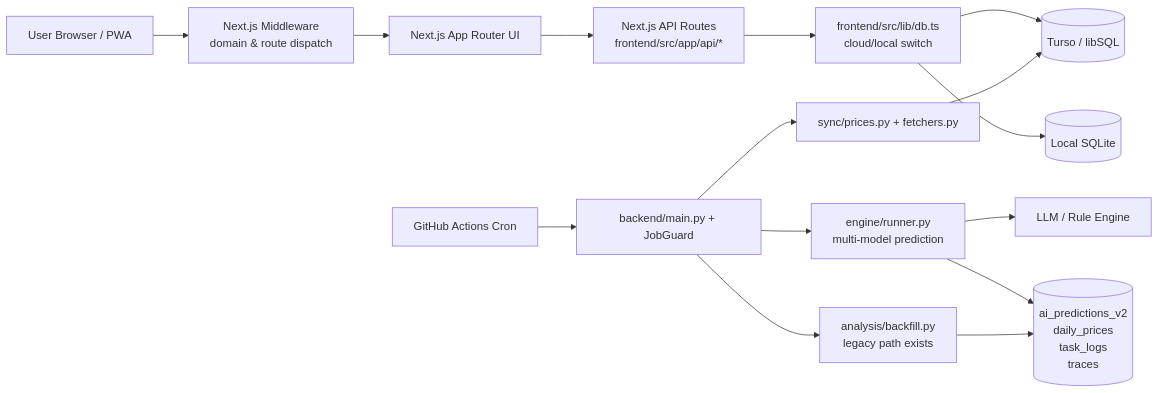
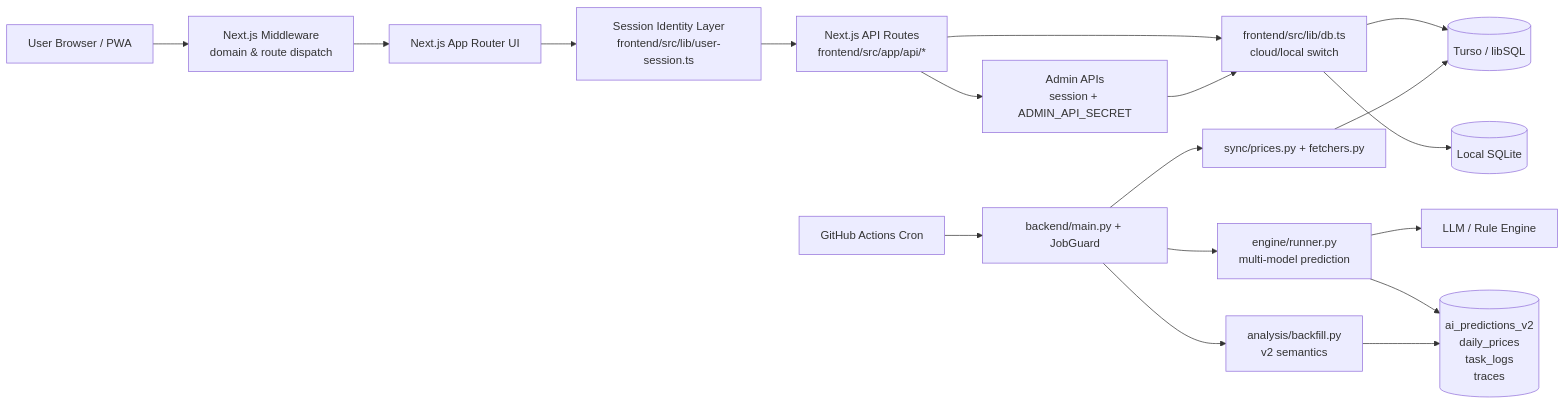
Before and after one commit to franksunye/stockwise: the first of 2 diagrams in docs/10_Architecture.md, drawn with Mermaid. The commit also changed other lines of this file and 1 other file, not shown here.

Commit message:
docs: mark P0 architecture milestones complete and sync status

````diff
--- a/docs/10_Architecture.md
+++ b/docs/10_Architecture.md
@@ -87,32 +89,36 @@
 ```mermaid
 flowchart LR
     U[User Browser / PWA]
     MW[Next.js Middleware<br/>domain & route dispatch]
     WEB[Next.js App Router UI]
+    SESSION[Session Identity Layer<br/>frontend/src/lib/user-session.ts]
     API[Next.js API Routes<br/>frontend/src/app/api/*]
+    ADMIN[Admin APIs<br/>session + ADMIN_API_SECRET]
     DBTS[frontend/src/lib/db.ts<br/>cloud/local switch]
     TURSO[(Turso / libSQL)]
     SQLITE[(Local SQLite)]
     GHA[GitHub Actions Cron]
     CLI[backend/main.py + JobGuard]
     SYNC[sync/prices.py + fetchers.py]
     RUNNER[engine/runner.py<br/>multi-model prediction]
-    BACKFILL[analysis/backfill.py<br/>legacy path exists]
+    BACKFILL[analysis/backfill.py<br/>v2 semantics]
     MODELS[LLM / Rule Engine]
     TABLES[(ai_predictions_v2<br/>daily_prices<br/>task_logs<br/>traces)]
 
     U --> MW --> WEB
-    WEB --> API
+    WEB --> SESSION --> API
+    API --> ADMIN
     API --> DBTS
+    ADMIN --> DBTS
     DBTS --> TURSO
     DBTS --> SQLITE
 
     GHA --> CLI
     CLI --> SYNC
     CLI --> RUNNER
     CLI --> BACKFILL
     SYNC --> TURSO
     RUNNER --> MODELS
     RUNNER --> TABLES
     BACKFILL --> TABLES
 ```
````
